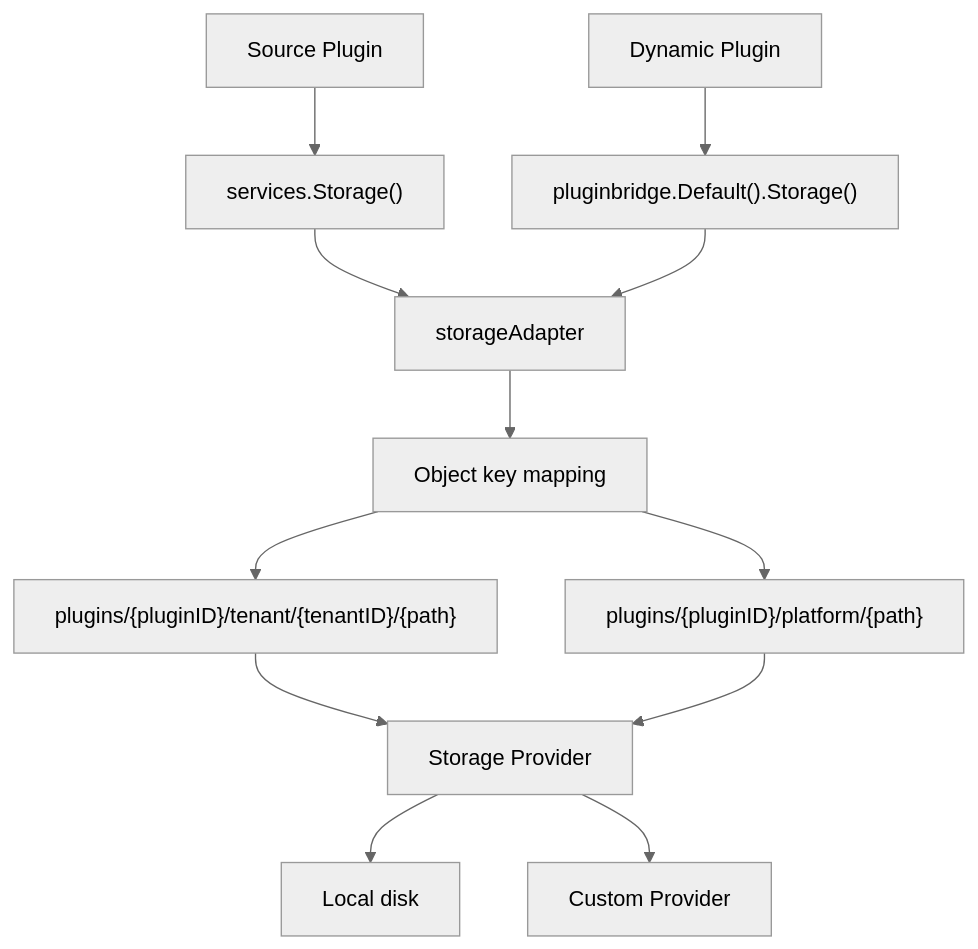
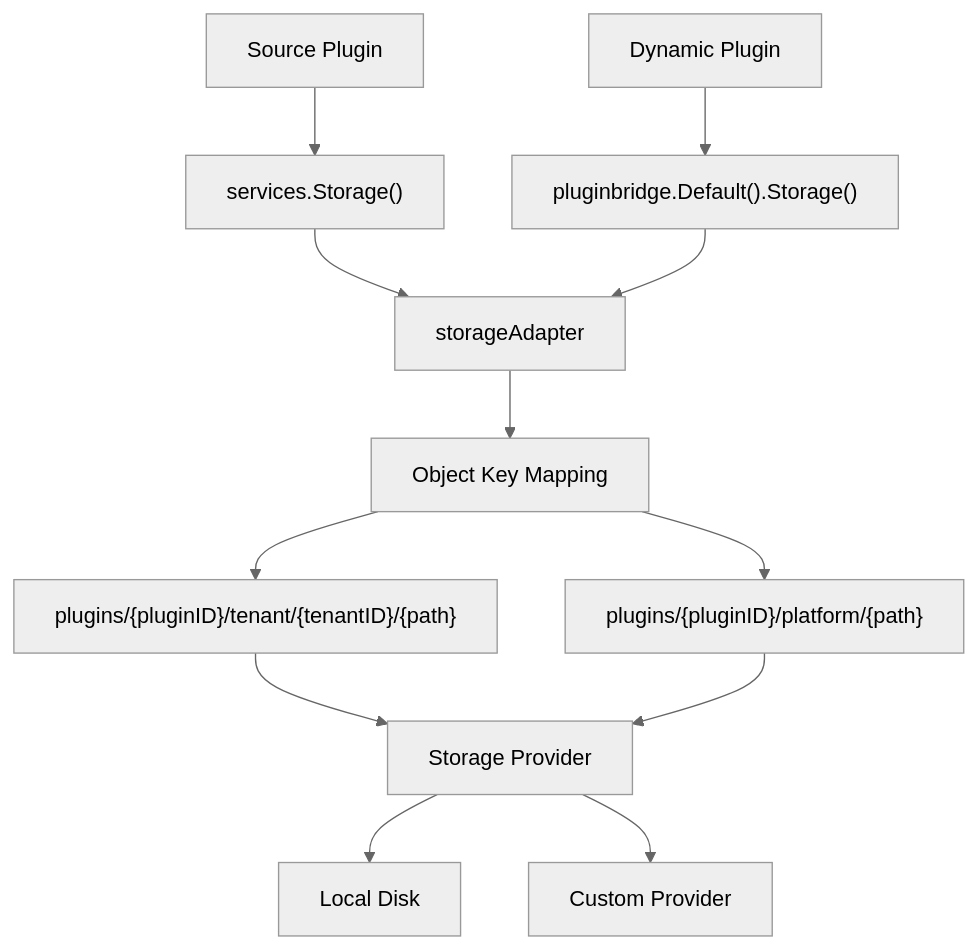
One commit to linaproai/linapro-site changed the diagram in apps/lina-site/i18n/en/docusaurus-plugin-content-docs/current/docs/3000-domain-capabilities/8600-storage.md. Above: the diagram before and after it, drawn with Mermaid (neutral theme). The commit also changed other lines of this file and 56 other files, not shown here.

Commit message:
Refactor documentation for tenant and user capabilities; enhance clarity and consistency in descriptions, method names, and usage examples. Update overview and architecture sections for improved readability and coherence. Adjust demo instructions and project positioning for better user guidance.

````diff
--- a/apps/lina-site/i18n/en/docusaurus-plugin-content-docs/current/docs/3000-domain-capabilities/8600-storage.md
+++ b/apps/lina-site/i18n/en/docusaurus-plugin-content-docs/current/docs/3000-domain-capabilities/8600-storage.md
@@ -42,14 +42,14 @@
 ```mermaid
 graph TB
     Source["Source Plugin"] --> Storage["services.Storage()"]
     Dynamic["Dynamic Plugin"] --> Guest["pluginbridge.Default().Storage()"]
     Storage --> Adapter["storageAdapter"]
     Guest --> Adapter
-    Adapter --> Key["Object key mapping"]
+    Adapter --> Key["Object Key Mapping"]
     Key --> TenantKey["plugins/{pluginID}/tenant/{tenantID}/{path}"]
     Key --> PlatformKey["plugins/{pluginID}/platform/{path}"]
     TenantKey --> Provider["Storage Provider"]
     PlatformKey --> Provider
-    Provider --> Local["Local disk"]
+    Provider --> Local["Local Disk"]
     Provider --> Custom["Custom Provider"]
 ```
````
